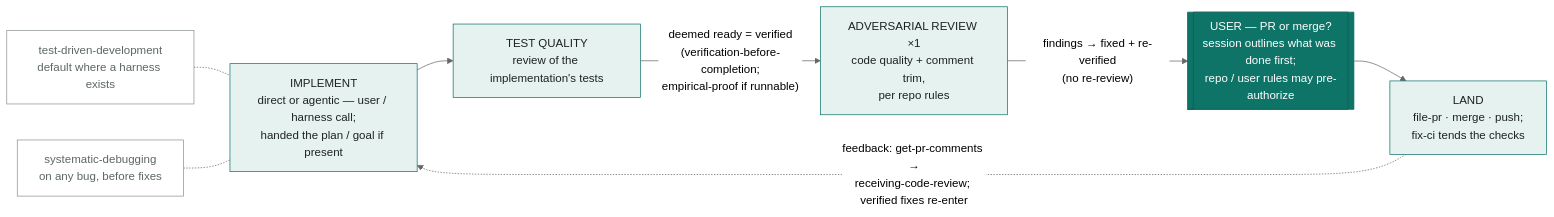
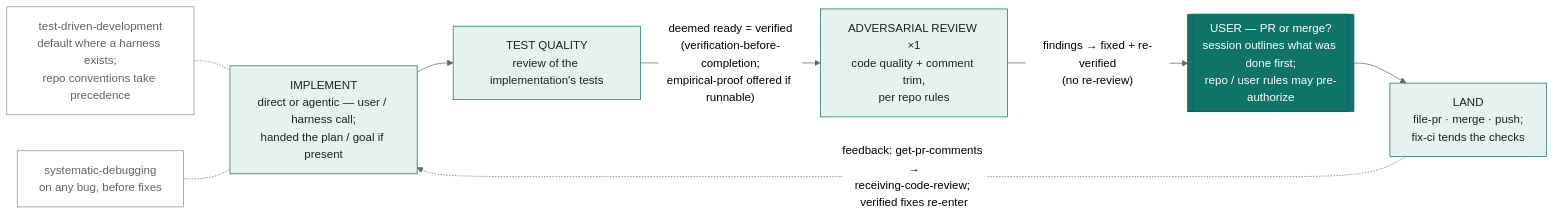
The second of 2 diagrams in docs/workbench-flow.md (giostriquer/workshop), drawn with Mermaid (neutral theme) before and after one commit. The commit also changed other lines of this file and 29 other files, not shown here.

````diff
--- a/docs/workbench-flow.md
+++ b/docs/workbench-flow.md
@@ -41,21 +41,21 @@
 ```mermaid
 flowchart LR
     classDef gate fill:#0e7468,stroke:#0a5c52,color:#ffffff
     classDef stage fill:#e6f2f0,stroke:#0e7468,color:#1d2321
     classDef sat fill:none,stroke:#8a948f,color:#5d6763
 
-    TDD["test-driven-development<br/>default where a harness exists"]:::sat -.- I
+    TDD["test-driven-development<br/>default where a harness exists;<br/>repo conventions take precedence"]:::sat -.- I
     SD["systematic-debugging<br/>on any bug, before fixes"]:::sat -.- I
 
     I["IMPLEMENT<br/>direct or agentic — user / harness call;<br/>handed the plan / goal if present"]:::stage
     TQ["TEST QUALITY<br/>review of the implementation's tests"]:::stage
     AR["ADVERSARIAL REVIEW ×1<br/>code quality + comment trim,<br/>per repo rules"]:::stage
     OG[["USER — PR or merge?<br/>session outlines what was done first;<br/>repo / user rules may pre-authorize"]]:::gate
     L["LAND<br/>file-pr · merge · push;<br/>fix-ci tends the checks"]:::stage
 
     I --> TQ
-    TQ -->|"deemed ready = verified<br/>(verification-before-completion;<br/>empirical-proof if runnable)"| AR
+    TQ -->|"deemed ready = verified<br/>(verification-before-completion;<br/>empirical-proof offered if runnable)"| AR
     AR -->|"findings → fixed + re-verified<br/>(no re-review)"| OG
     OG --> L
     L -.->|"feedback: get-pr-comments →<br/>receiving-code-review; verified fixes re-enter"| I
 ```
````
